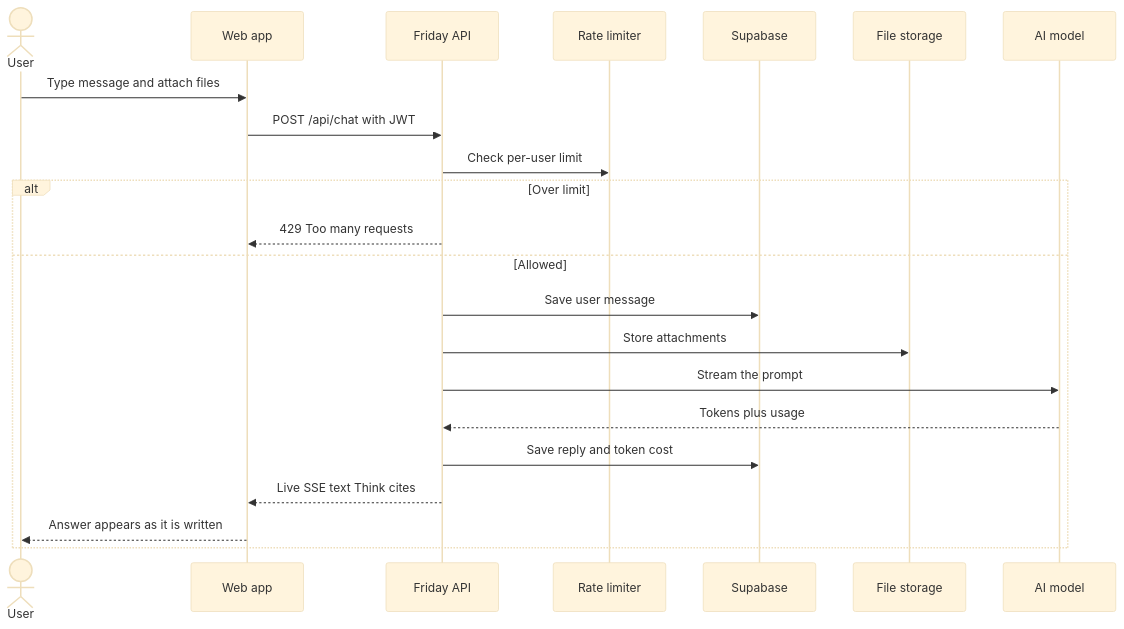
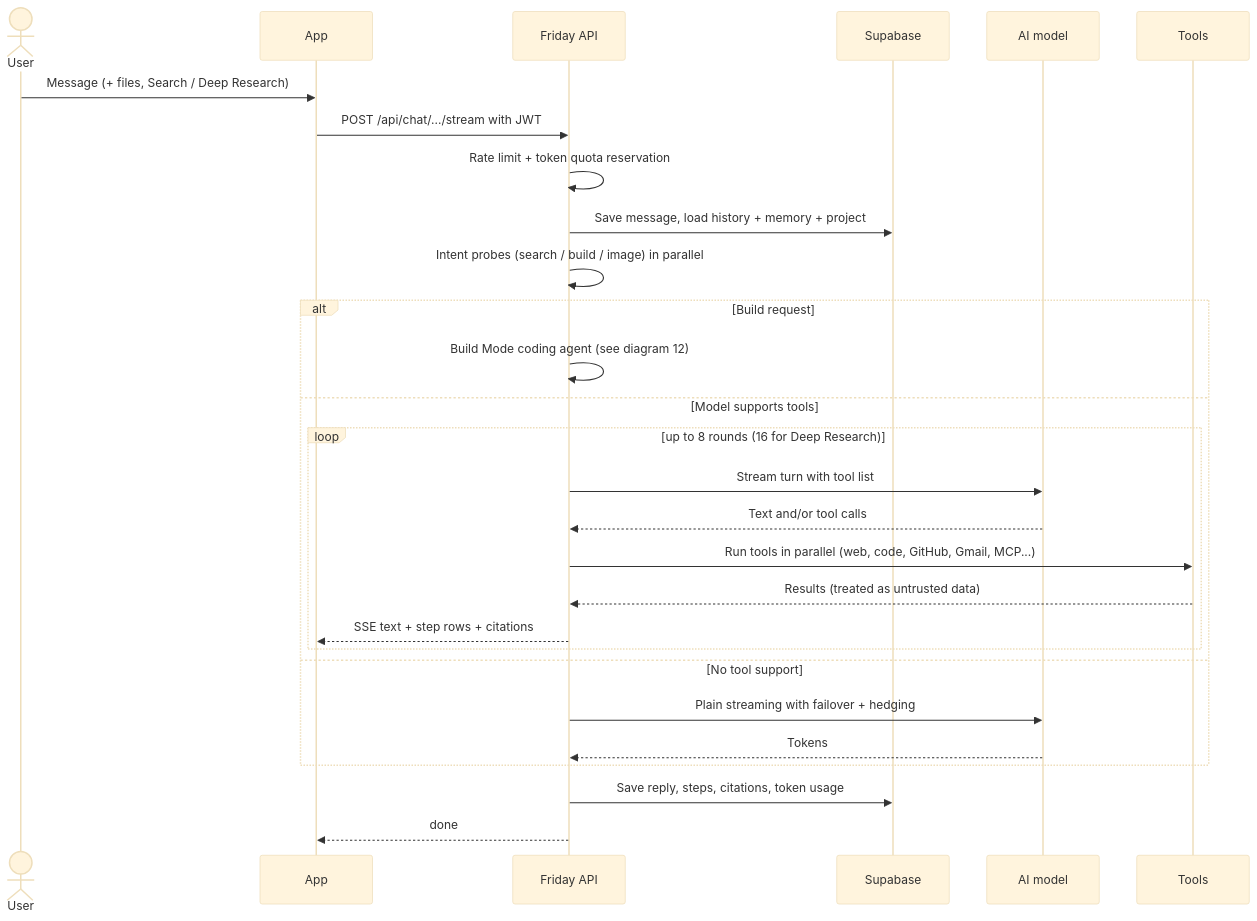
One commit to billionairestechnologies/Friday-ai changed the diagram in docs/diagrams/04-how-chat-works.mmd. Above: the diagram before and after it, drawn with Mermaid (base theme). The commit also changed 44 other files, not shown here.

First line of the commit message:
Update diagrams, docs and add CLAUDE.md project memory for the agent-platform upgrade

```diff
--- a/docs/diagrams/04-how-chat-works.mmd
+++ b/docs/diagrams/04-how-chat-works.mmd
@@ -1,23 +1,29 @@
 sequenceDiagram
   actor U as User
-  participant FE as Web app
+  participant FE as App
   participant API as Friday API
-  participant RL as Rate limiter
   participant DB as Supabase
-  participant ST as File storage
   participant M as AI model
+  participant T as Tools
 
-  U->>FE: Type message and attach files
-  FE->>API: POST /api/chat with JWT
-  API->>RL: Check per-user limit
-  alt Over limit
-    API-->>FE: 429 Too many requests
-  else Allowed
-    API->>DB: Save user message
-    API->>ST: Store attachments
-    API->>M: Stream the prompt
-    M-->>API: Tokens plus usage
-    API->>DB: Save reply and token cost
-    API-->>FE: Live SSE text Think cites
-    FE-->>U: Answer appears as it is written
+  U->>FE: Message (+ files, Search / Deep Research)
+  FE->>API: POST /api/chat/.../stream with JWT
+  API->>API: Rate limit + token quota reservation
+  API->>DB: Save message, load history + memory + project
+  API->>API: Intent probes (search / build / image) in parallel
+  alt Build request
+    API->>API: Build Mode coding agent (see diagram 12)
+  else Model supports tools
+    loop up to 8 rounds (16 for Deep Research)
+      API->>M: Stream turn with tool list
+      M-->>API: Text and/or tool calls
+      API->>T: Run tools in parallel (web, code, GitHub, Gmail, MCP...)
+      T-->>API: Results (treated as untrusted data)
+      API-->>FE: SSE text + step rows + citations
+    end
+  else No tool support
+    API->>M: Plain streaming with failover + hedging
+    M-->>API: Tokens
   end
+  API->>DB: Save reply, steps, citations, token usage
+  API-->>FE: done
```
